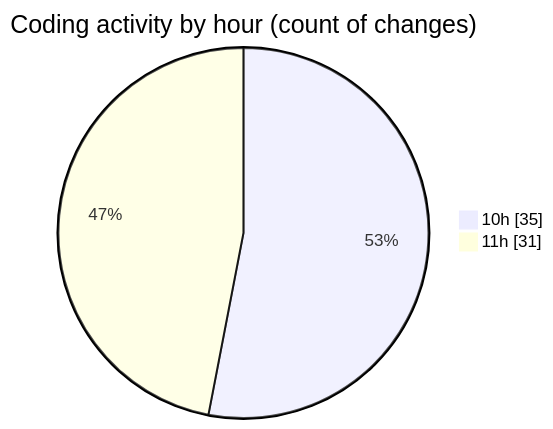
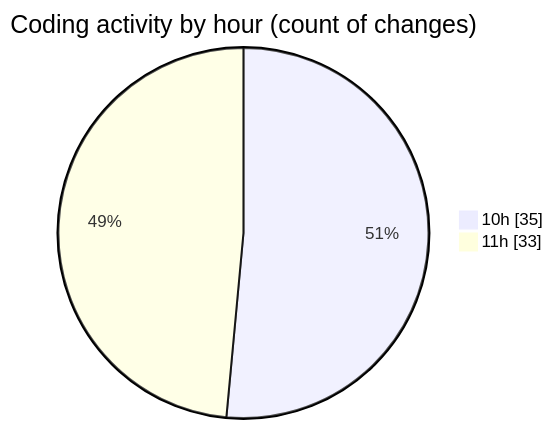
The second of 2 diagrams in 2025-03-26/cda/README.md (momahboobian/code-tracking), drawn with Mermaid before and after one commit. The commit also changed other lines of this file and 1 other file, not shown here.

````diff
--- a/2025-03-26/cda/README.md
+++ b/2025-03-26/cda/README.md
@@ -52,6 +52,6 @@
 ```mermaid
 pie showData
 title Coding activity by hour (count of changes)
 "10h" : 35
-"11h" : 31
+"11h" : 33
 ```
````
